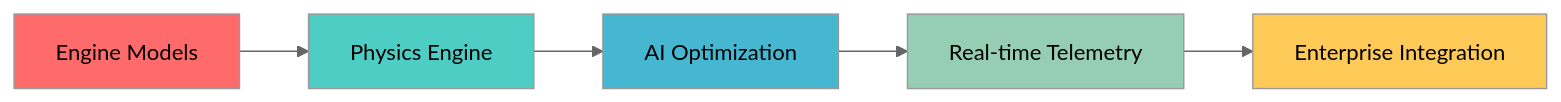
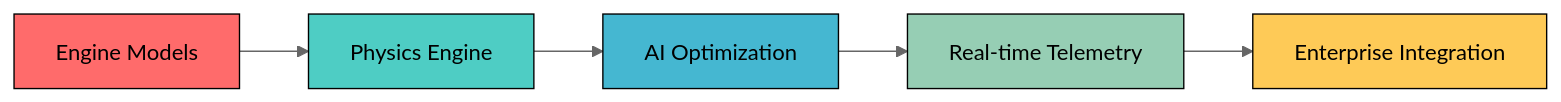
Before and after one commit to HelloblueAI/HelloblueGK: the first of 2 diagrams in README.md, drawn with Mermaid (neutral theme).

Commit message:
Improve Core Features diagram readability with black text on colored backgrounds

````diff
--- a/README.md
+++ b/README.md
@@ -37,13 +37,13 @@
 ```mermaid
 graph LR
     A[Engine Models] --> B[Physics Engine]
     B --> C[AI Optimization]
     C --> D[Real-time Telemetry]
     D --> E[Enterprise Integration]
     
-    style A fill:#ff6b6b
-    style B fill:#4ecdc4
-    style C fill:#45b7d1
-    style D fill:#96ceb4
-    style E fill:#feca57
+    style A fill:#ff6b6b,stroke:#000,color:#000
+    style B fill:#4ecdc4,stroke:#000,color:#000
+    style C fill:#45b7d1,stroke:#000,color:#000
+    style D fill:#96ceb4,stroke:#000,color:#000
+    style E fill:#feca57,stroke:#000,color:#000
 ```
````
